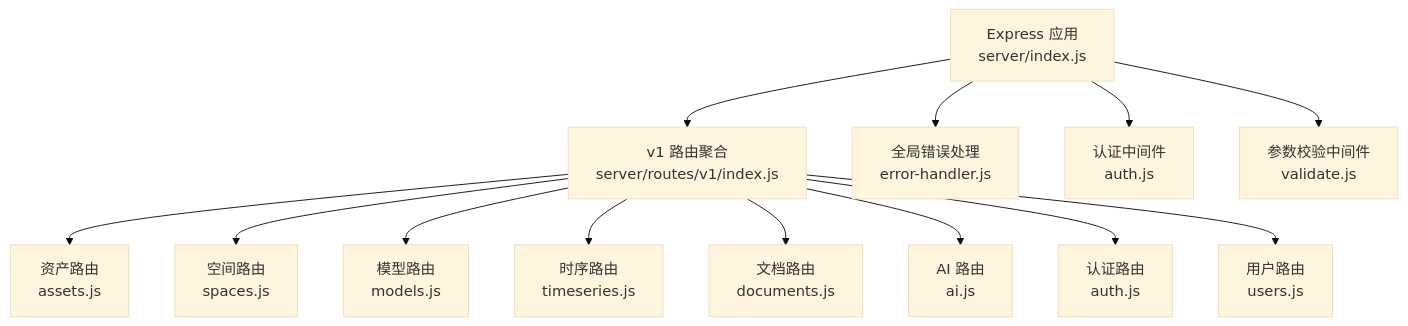
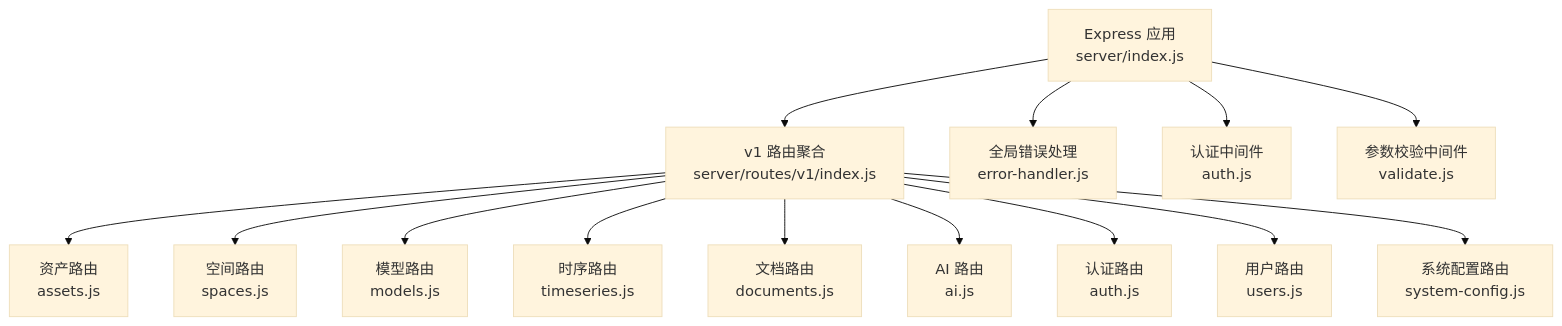
The first of 3 diagrams in .qoder/repowiki/zh/content/后端架构/API路由设计/API路由设计.md (ideeinfo/TwinSight), drawn with Mermaid (base theme) before and after one commit. The commit also changed other lines of this file and 5 other files, not shown here.

````diff
--- a/.qoder/repowiki/zh/content/后端架构/API路由设计/API路由设计.md
+++ b/.qoder/repowiki/zh/content/后端架构/API路由设计/API路由设计.md
@@ -39,15 +41,16 @@
 ```mermaid
 graph TB
 A["Express 应用<br/>server/index.js"] --> B["v1 路由聚合<br/>server/routes/v1/index.js"]
 B --> C["资产路由<br/>assets.js"]
 B --> D["空间路由<br/>spaces.js"]
 B --> E["模型路由<br/>models.js"]
 B --> F["时序路由<br/>timeseries.js"]
 B --> G["文档路由<br/>documents.js"]
 B --> H["AI 路由<br/>ai.js"]
 B --> I["认证路由<br/>auth.js"]
 B --> J["用户路由<br/>users.js"]
-A --> K["全局错误处理<br/>error-handler.js"]
-A --> L["认证中间件<br/>auth.js"]
-A --> M["参数校验中间件<br/>validate.js"]
+B --> K["系统配置路由<br/>system-config.js"]
+A --> L["全局错误处理<br/>error-handler.js"]
+A --> M["认证中间件<br/>auth.js"]
+A --> N["参数校验中间件<br/>validate.js"]
 ```
````
